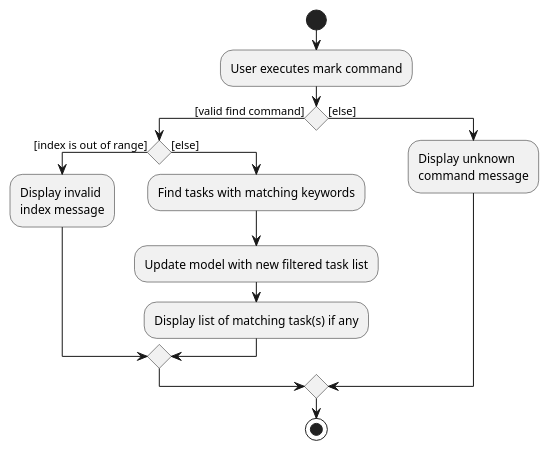
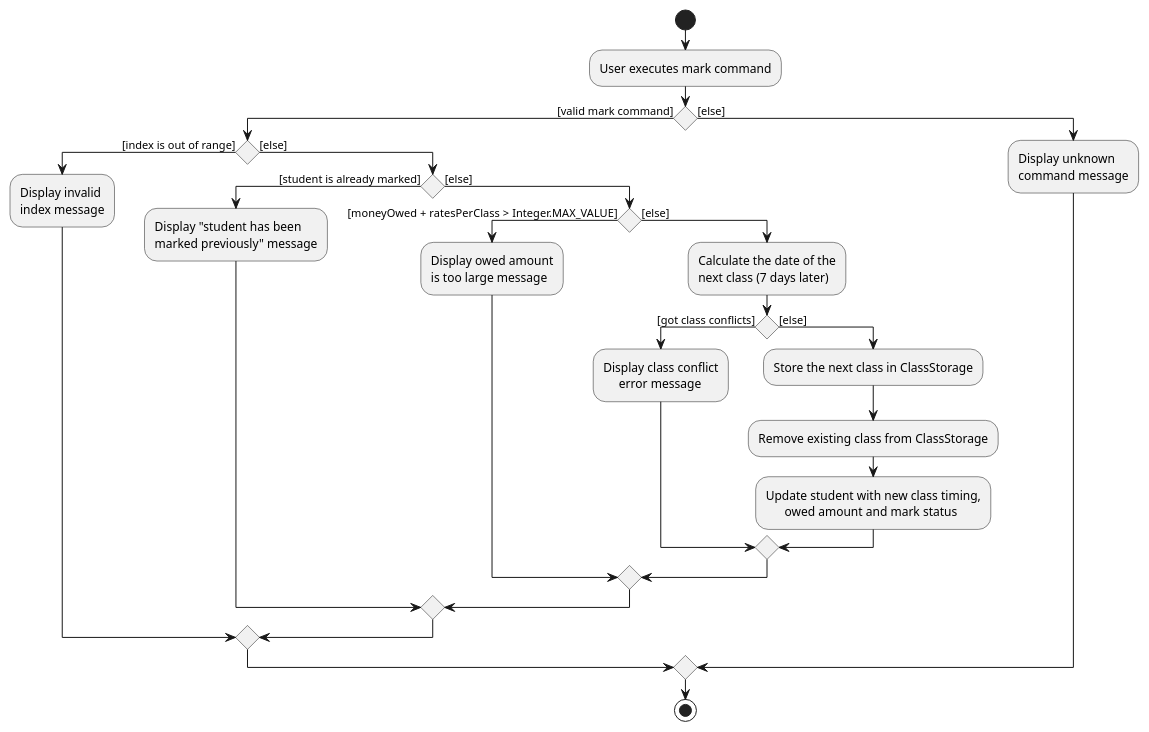
Before and after one commit to nus-cs2103-AY2223S1/tp: the diagram in docs/diagrams/MarkActivityDiagram.puml, drawn with PlantUML. The commit also changed 2 other files, not shown here.

Commit message:
Add mark activity diagram

```diff
--- a/docs/diagrams/MarkActivityDiagram.puml
+++ b/docs/diagrams/MarkActivityDiagram.puml
@@ -1,22 +1,45 @@
 @startuml
 start
 :User executes mark command;
 
-if () then ([valid find command])
+if () then ([valid mark command])
 
     if () then ([index is out of range])
         :Display invalid
         index message;
 
         else ([else])
-          :Find tasks with matching keywords;
-            :Update model with new filtered task list;
-            :Display list of matching task(s) if any;
+            if () then([student is already marked])
+            :Display "student has been
+           marked previously" message;
+
+            else ([else])
+               if () then ([moneyOwed + ratesPerClass > Integer.MAX_VALUE])
+               :Display owed amount
+               is too large message;
+                else ([else])
+               :Calculate the date of the
+               next class (7 days later);
+
+            if () then ([got class conflicts])
+             :Display class conflict
+                  error message;
+            else ([else])
+                :Store the next class in ClassStorage;
+
+                :Remove existing class from ClassStorage;
+
+                :Update student with new class timing,
+                      owed amount and mark status;
+
+        endif
+        endif
+        endif
         endif
 
 else ([else])
     :Display unknown
     command message;
 endif
 stop
 @enduml
```
